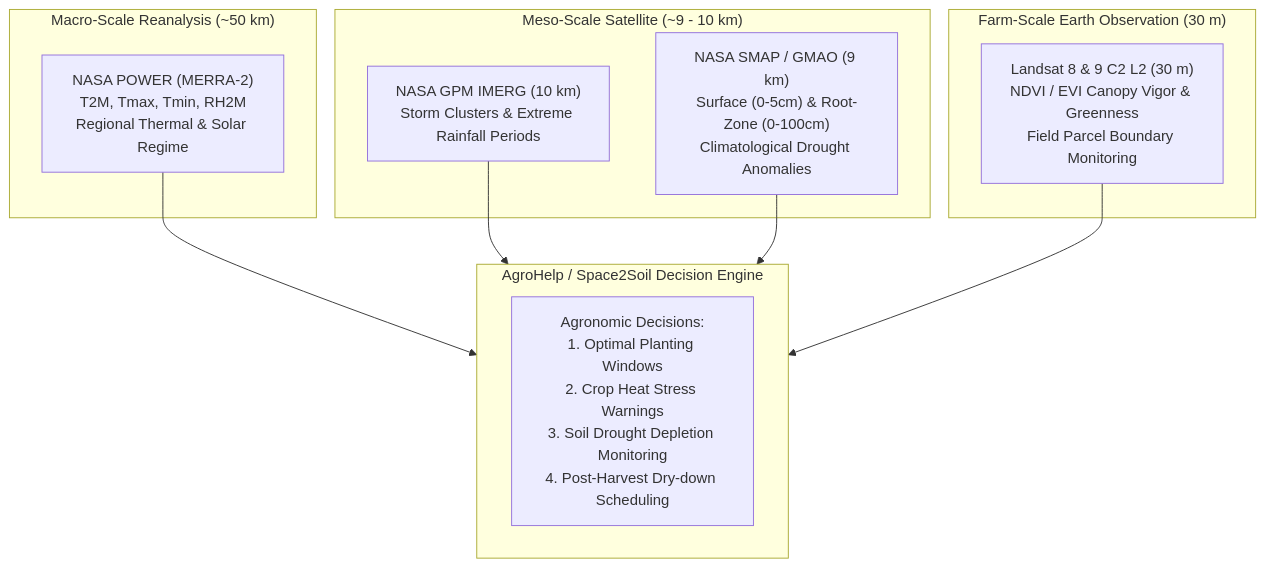
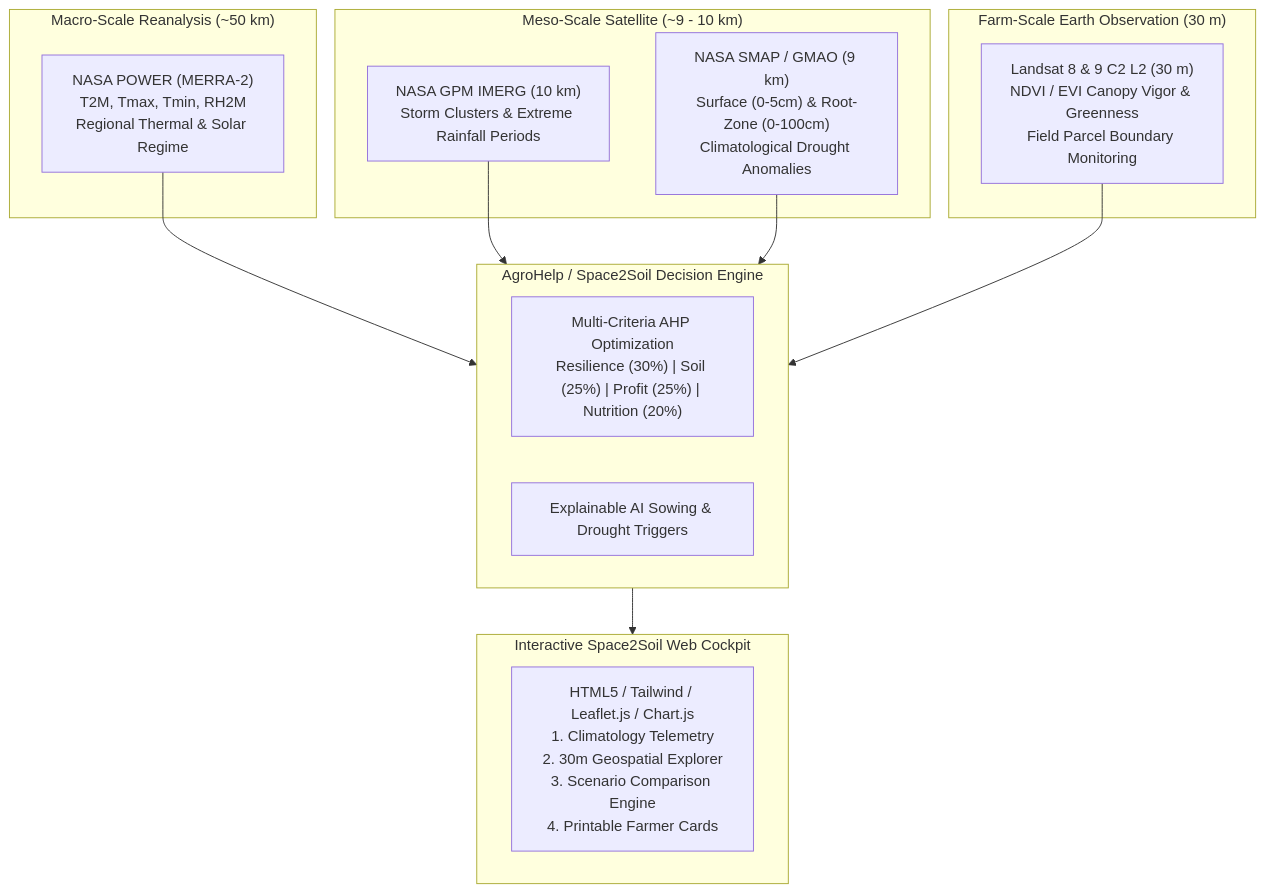
One commit to budlin-obeng/AgroHelp changed the diagram in README.md. Above: the diagram before and after it, drawn with Mermaid. The commit also changed other lines of this file and 20 other files, not shown here.

Commit message:
Implement Phase 5 & Phase 6: Interactive web application, Leaflet map explorer, end-to-end automated test suite (10/10 PASS), and NASA competition pitch deck

````diff
--- a/README.md
+++ b/README.md
@@ -24,24 +26,30 @@
 ```mermaid
 flowchart TD
     subgraph MacroScale["Macro-Scale Reanalysis (~50 km)"]
         POWER["NASA POWER (MERRA-2)<br/>T2M, Tmax, Tmin, RH2M<br/>Regional Thermal & Solar Regime"]
     end
 
     subgraph MesoScale["Meso-Scale Satellite (~9 - 10 km)"]
         GPM["NASA GPM IMERG (10 km)<br/>Storm Clusters & Extreme Rainfall Periods"]
         SMAP["NASA SMAP / GMAO (9 km)<br/>Surface (0-5cm) & Root-Zone (0-100cm)<br/>Climatological Drought Anomalies"]
     end
 
     subgraph FarmScale["Farm-Scale Earth Observation (30 m)"]
         LANDSAT["Landsat 8 & 9 C2 L2 (30 m)<br/>NDVI / EVI Canopy Vigor & Greenness<br/>Field Parcel Boundary Monitoring"]
     end
 
     subgraph DecisionEngine["AgroHelp / Space2Soil Decision Engine"]
-        ADVICE["Agronomic Decisions:<br/>1. Optimal Planting Windows<br/>2. Crop Heat Stress Warnings<br/>3. Soil Drought Depletion Monitoring<br/>4. Post-Harvest Dry-down Scheduling"]
+        MCDM["Multi-Criteria AHP Optimization<br/>Resilience (30%) | Soil (25%) | Profit (25%) | Nutrition (20%)"]
+        XAI["Explainable AI Sowing & Drought Triggers"]
+    end
+
+    subgraph UserInterface["Interactive Space2Soil Web Cockpit"]
+        WEB["HTML5 / Tailwind / Leaflet.js / Chart.js<br/>1. Climatology Telemetry<br/>2. 30m Geospatial Explorer<br/>3. Scenario Comparison Engine<br/>4. Printable Farmer Cards"]
     end
 
     POWER --> DecisionEngine
     GPM --> DecisionEngine
     SMAP --> DecisionEngine
     LANDSAT --> DecisionEngine
+    DecisionEngine --> UserInterface
 ```
````
